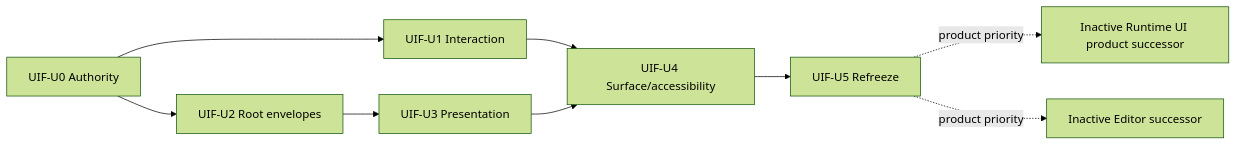
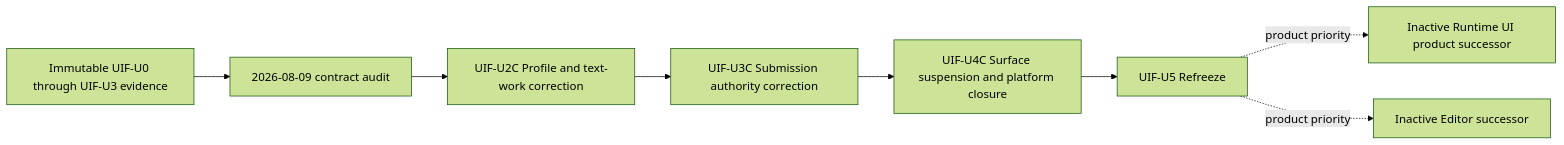
The diagram in docs/plans/2026-08-08-001-refactor-ui-foundation-correction-plan.md (Latias94/nara), drawn with Mermaid (forest theme) before and after one commit. The commit also changed other lines of this file and 9 other files, not shown here.

Commit message:
docs(ui): close UIF-U2C correction

````diff
--- a/docs/plans/2026-08-08-001-refactor-ui-foundation-correction-plan.md
+++ b/docs/plans/2026-08-08-001-refactor-ui-foundation-correction-plan.md
@@ -142,18 +174,15 @@
 ```mermaid
 flowchart LR
-    U0[UIF-U0 Authority]
-    U1[UIF-U1 Interaction]
-    U2[UIF-U2 Root envelopes]
-    U3[UIF-U3 Presentation]
-    U4[UIF-U4 Surface/accessibility]
+    Evidence[Immutable UIF-U0 through UIF-U3 evidence]
+    Audit[2026-08-09 contract audit]
+    U2C[UIF-U2C Profile and text-work correction]
+    U3C[UIF-U3C Submission authority correction]
+    U4C[UIF-U4C Surface suspension and platform closure]
     U5[UIF-U5 Refreeze]
     Runtime[Inactive Runtime UI product successor]
     Editor[Inactive Editor successor]
 
-    U0 --> U1
-    U0 --> U2 --> U3
-    U1 --> U4
-    U3 --> U4 --> U5
+    Evidence --> Audit --> U2C --> U3C --> U4C --> U5
     U5 -. product priority .-> Runtime
     U5 -. product priority .-> Editor
 ```
````
